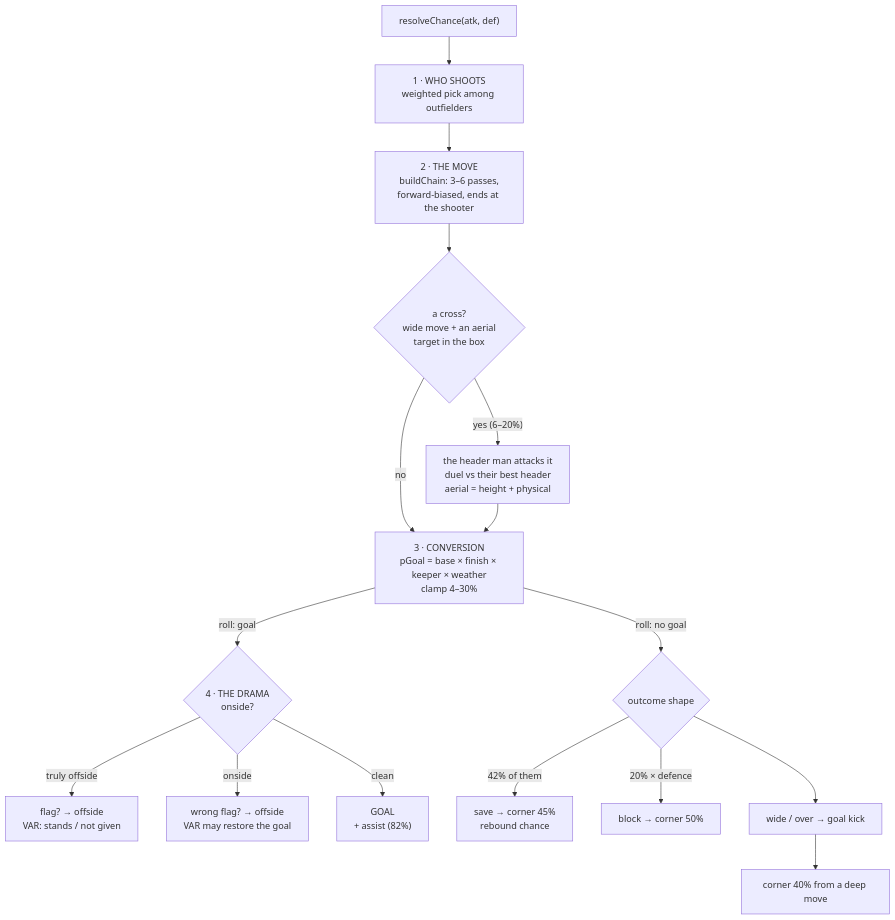
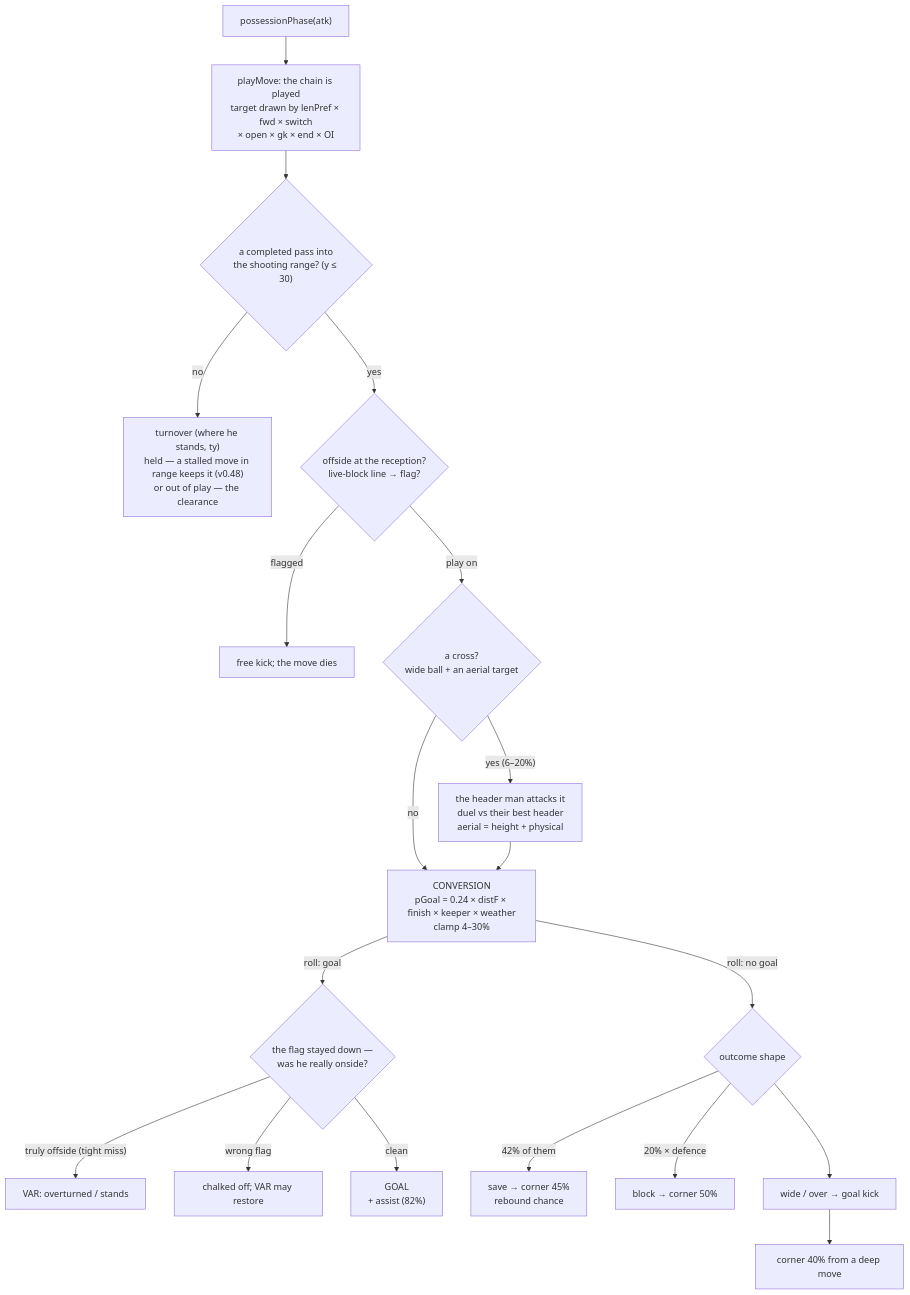
Before and after one commit to JorgeQuijano/football-manager: the third of 8 diagrams in docs/ENGINE-FLOW.md, drawn with Mermaid. The commit also changed other lines of this file and 30 other files, not shown here.

````diff
--- a/docs/ENGINE-FLOW.md
+++ b/docs/ENGINE-FLOW.md
@@ -57,18 +53,21 @@
 ```mermaid
 flowchart TD
-  C0["resolveChance(atk, def)"] --> S1["1 · WHO SHOOTS<br/>weighted pick among outfielders"]
-  S1 --> S2["2 · THE MOVE<br/>buildChain: 3–6 passes,<br/>forward-biased, ends at the shooter"]
-  S2 --> S2b{"a cross?<br/>wide move + an aerial<br/>target in the box"}
-  S2b -->|"yes (6–20%)"| CROSSH["the header man attacks it<br/>duel vs their best header<br/>aerial = height + physical"]
-  S2b -->|no| S3
-  CROSSH --> S3["3 · CONVERSION<br/>pGoal = base × finish × keeper × weather<br/>clamp 4–30%"]
-  S3 -->|"roll: goal"| D1{"4 · THE DRAMA<br/>onside?"}
-  S3 -->|"roll: no goal"| N1{"outcome shape"}
-  D1 -->|"truly offside"| O1["flag? → offside<br/>VAR: stands / not given"]
-  D1 -->|"onside"| O2["wrong flag? → offside<br/>VAR may restore the goal"]
+  C0["possessionPhase(atk)"] --> P0["playMove: the chain is played<br/>target drawn by lenPref × fwd × switch<br/>× open × gk × end × OI"]
+  P0 --> ARR{"a completed pass into<br/>the shooting range? (y ≤ 30)"}
+  ARR -->|no| N0["turnover (where he stands, ty)<br/>held — a stalled move in range keeps it (v0.48)<br/>or out of play — the clearance"]
+  ARR -->|yes| OS{"offside at the reception?<br/>live-block line → flag?"}
+  OS -->|flagged| OF["free kick; the move dies"]
+  OS -->|play on| X{"a cross?<br/>wide ball + an aerial target"}
+  X -->|"yes (6–20%)"| CROSSH["the header man attacks it<br/>duel vs their best header<br/>aerial = height + physical"]
+  X -->|no| S4
+  CROSSH --> S4["CONVERSION<br/>pGoal = 0.24 × distF × finish × keeper × weather<br/>clamp 4–30%"]
+  S4 -->|"roll: goal"| D1{"the flag stayed down —<br/>was he really onside?"}
+  D1 -->|"truly offside (tight miss)"| O1["VAR: overturned / stands"]
+  D1 -->|"wrong flag"| O2["chalked off; VAR may restore"]
   D1 -->|"clean"| GOAL["GOAL<br/>+ assist (82%)"]
+  S4 -->|"roll: no goal"| N1{"outcome shape"}
   N1 -->|"42% of them"| SAVE["save → corner 45%<br/>rebound chance"]
   N1 -->|"20% × defence"| BLOCK["block → corner 50%"]
   N1 --> WIDE["wide / over → goal kick"]
   WIDE --> OUT["corner 40% from a deep move"]
 ```
````
